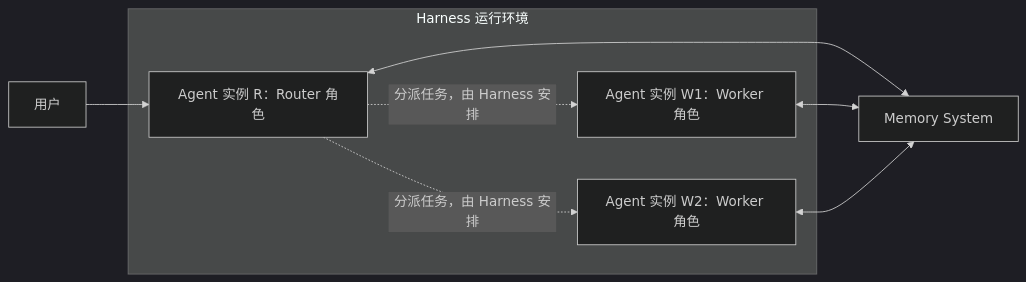
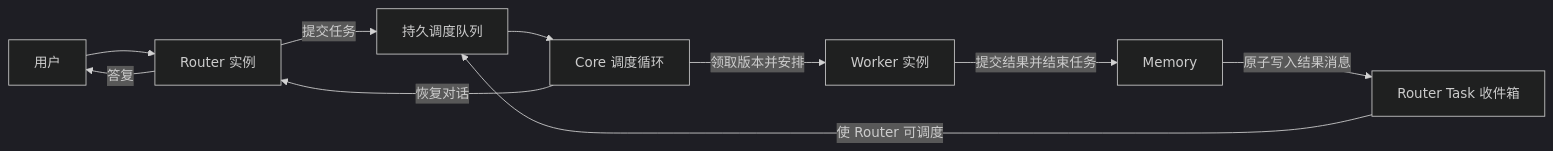
Before and after one commit to langsfang/ga: the diagram in docs/agent-harness.md, drawn with Mermaid (dark theme). The commit also changed other lines of this file and 4 other files, not shown here.

````diff
--- a/docs/agent-harness.md
+++ b/docs/agent-harness.md
@@ -72,15 +52,12 @@
 ```mermaid
 flowchart LR
-    U[用户]
-    subgraph H[Harness 运行环境]
-        R[Agent 实例 R：Router 角色]
-        W1[Agent 实例 W1：Worker 角色]
-        W2[Agent 实例 W2：Worker 角色]
-    end
-    U --> R
-    R -.分派任务，由 Harness 安排.-> W1
-    R -.分派任务，由 Harness 安排.-> W2
-    R <--> M[Memory System]
-    W1 <--> M
-    W2 <--> M
+    U[用户] --> R[Router 实例]
+    R -->|提交任务| Q[持久调度队列]
+    Q --> S[Core 调度循环]
+    S -->|领取版本并安排| W[Worker 实例]
+    W -->|提交结果并结束任务| M[Memory]
+    M -->|原子写入结果消息| I[Router Task 收件箱]
+    I -->|使 Router 可调度| Q
+    S -->|恢复对话| R
+    R -->|答复| U
 ```
````
